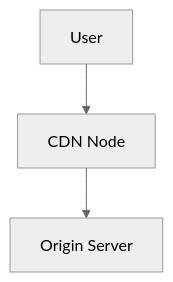
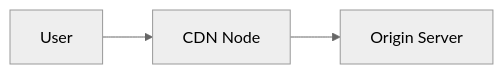
One commit to AlexJYad/F5-web-knowledge changed the fifth of 12 diagrams in content/articles/capitulo-1.md. Above: the diagram before and after it, drawn with Mermaid (neutral theme). The commit also changed other lines of this file, not shown here.

Commit message:
fix: md 1.1 mermaid SPA/SSR/SSG

````diff
--- a/content/articles/capitulo-1.md
+++ b/content/articles/capitulo-1.md
@@ -222,7 +222,7 @@
 ```mermaid
-flowchart
-CDN[CDN Node]
-O[Origin Server]
-User --> CDN
-CDN --> O
+flowchart LR
+   CDN[CDN Node]
+   O[Origin Server]
+   User --> CDN
+   CDN --> O
 ```
````
